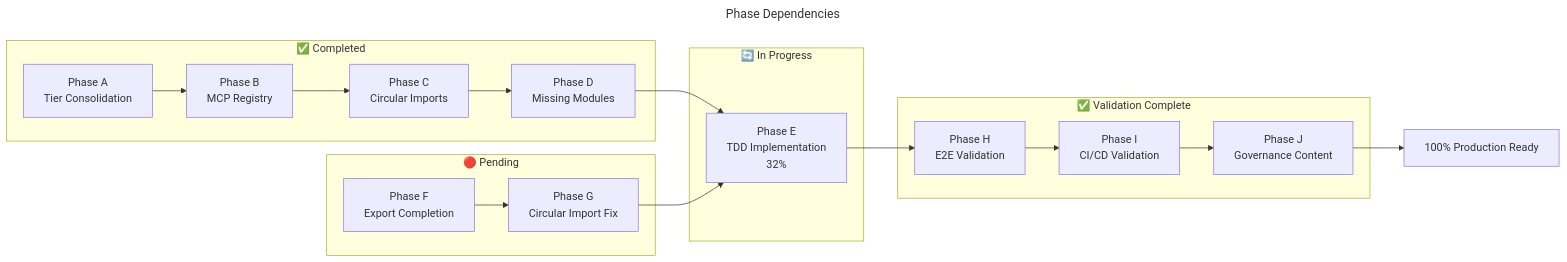
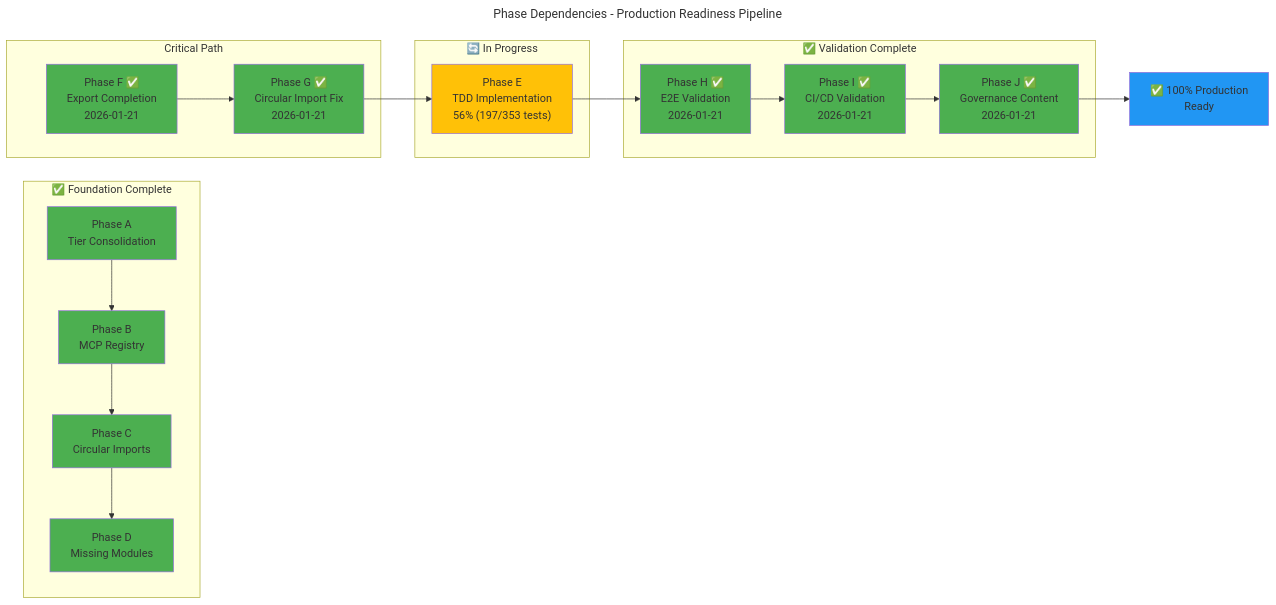
Before and after one commit to asifhussain60/CORTEX: the diagram in docs/_diagrams/phase-dependencies.mmd, drawn with Mermaid. The commit also changed 9 other files, not shown here.

First line of the commit message:
docs: refresh documentation to reflect Phase F-J completion and Phase E TDD progress (56%)

```diff
--- a/docs/_diagrams/phase-dependencies.mmd
+++ b/docs/_diagrams/phase-dependencies.mmd
@@ -1,32 +1,44 @@
 ---
-title: Phase Dependencies
+title: Phase Dependencies - Production Readiness Pipeline
 ---
 flowchart LR
-    subgraph COMPLETED["✅ Completed"]
+    subgraph FOUNDATION["✅ Foundation Complete"]
         A["Phase A<br/>Tier Consolidation"]
         B["Phase B<br/>MCP Registry"]
         C["Phase C<br/>Circular Imports"]
         D["Phase D<br/>Missing Modules"]
     end
     
-    subgraph IN_PROGRESS["🔄 In Progress"]
-        E["Phase E<br/>TDD Implementation<br/>32%"]
+    subgraph CRITICAL_PATH["Critical Path"]
+        F["Phase F ✅<br/>Export Completion<br/>2026-01-21"]
+        G["Phase G ✅<br/>Circular Import Fix<br/>2026-01-21"]
     end
     
-    subgraph PENDING["🔴 Pending"]
-        F["Phase F<br/>Export Completion"]
-        G["Phase G<br/>Circular Import Fix"]
+    subgraph IN_PROGRESS["🔄 In Progress"]
+        E["Phase E<br/>TDD Implementation<br/>56% (197/353 tests)"]
     end
     
     subgraph VALIDATION["✅ Validation Complete"]
-        H["Phase H<br/>E2E Validation"]
-        I["Phase I<br/>CI/CD Validation"]
-        J["Phase J<br/>Governance Content"]
+        H["Phase H ✅<br/>E2E Validation<br/>2026-01-21"]
+        I["Phase I ✅<br/>CI/CD Validation<br/>2026-01-21"]
+        J["Phase J ✅<br/>Governance Content<br/>2026-01-21"]
     end
     
-    A --> B --> C --> D --> E
+    A --> B --> C --> D
     F --> G --> E
     E --> H --> I --> J
     
-    PROD["100% Production Ready"]
+    PROD["✅ 100% Production<br/>Ready"]
     J --> PROD
+    
+    style A fill:#4CAF50
+    style B fill:#4CAF50
+    style C fill:#4CAF50
+    style D fill:#4CAF50
+    style F fill:#4CAF50
+    style G fill:#4CAF50
+    style H fill:#4CAF50
+    style I fill:#4CAF50
+    style J fill:#4CAF50
+    style E fill:#FFC107
+    style PROD fill:#2196F3
```
